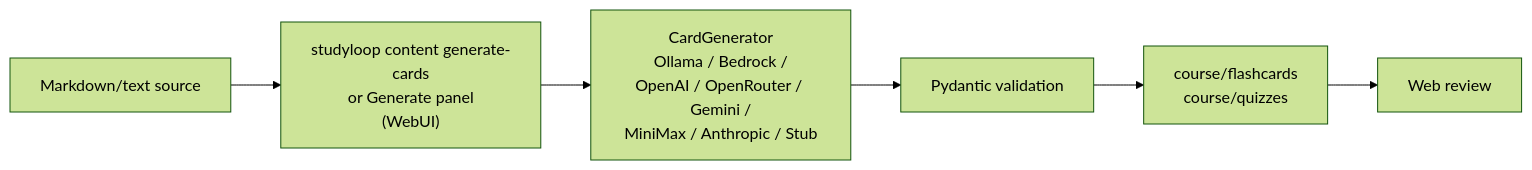
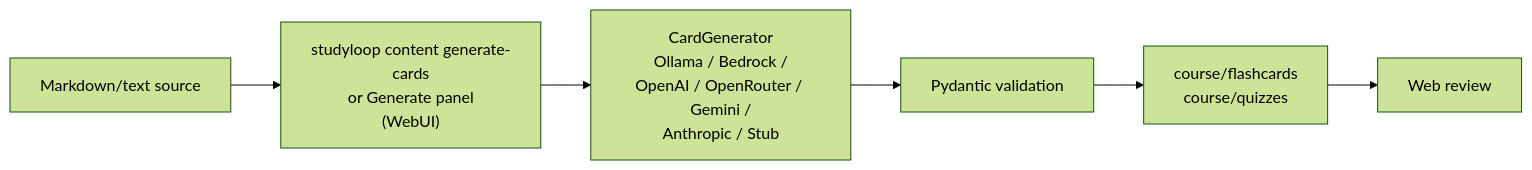
Before and after one commit to NetDevAutomate/StudyLoop: the third of 4 diagrams in docs/system-overview.md, drawn with Mermaid (forest theme). The commit also changed other lines of this file and 17 other files, not shown here.

````diff
--- a/docs/system-overview.md
+++ b/docs/system-overview.md
@@ -108,11 +108,11 @@
 ```mermaid
 flowchart LR
     Source["Markdown/text source"]
     Generate["studyloop content generate-cards<br/>or Generate panel<br/>(WebUI)"]
-    Backend["CardGenerator<br/>Ollama / Bedrock /<br/>OpenAI / OpenRouter / Gemini /<br/>MiniMax / Anthropic / Stub"]
+    Backend["CardGenerator<br/>Ollama / Bedrock /<br/>OpenAI / OpenRouter / Gemini /<br/>Anthropic / Stub"]
     Schema["Pydantic validation"]
     Artefacts["course/flashcards<br/>course/quizzes"]
     PWA["Web review"]
 
     Source --> Generate --> Backend --> Schema --> Artefacts --> PWA
 ```
````
